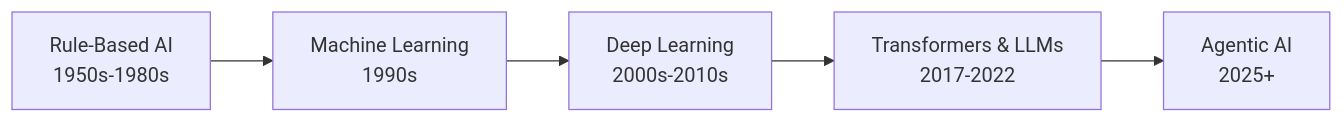
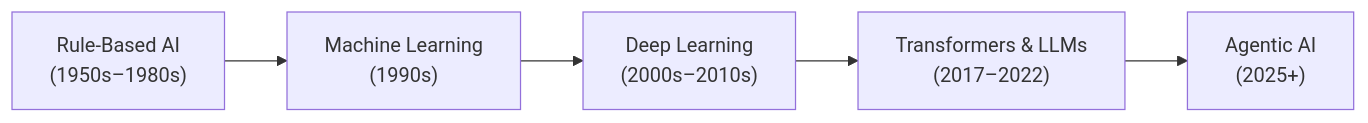
Before and after one commit to Nishant8826/theory-leaning: the first of 2 diagrams in Nameste-AI/Season_01/01_The_Evolution_of_AI.md, drawn with Mermaid. The commit also changed other lines of this file and 8 other files, not shown here.

````diff
--- a/Nameste-AI/Season_01/01_The_Evolution_of_AI.md
+++ b/Nameste-AI/Season_01/01_The_Evolution_of_AI.md
@@ -29,7 +29,7 @@
 ```mermaid
 flowchart LR
-    A[Rule-Based AI\n1950s-1980s] --> B[Machine Learning\n1990s]
-    B --> C[Deep Learning\n2000s-2010s]
-    C --> D[Transformers & LLMs\n2017-2022]
-    D --> E[Agentic AI\n2025+]
+    A["Rule-Based AI\n(1950s–1980s)"] --> B["Machine Learning\n(1990s)"]
+    B --> C["Deep Learning\n(2000s–2010s)"]
+    C --> D["Transformers & LLMs\n(2017–2022)"]
+    D --> E["Agentic AI\n(2025+)"]
 ```
````
